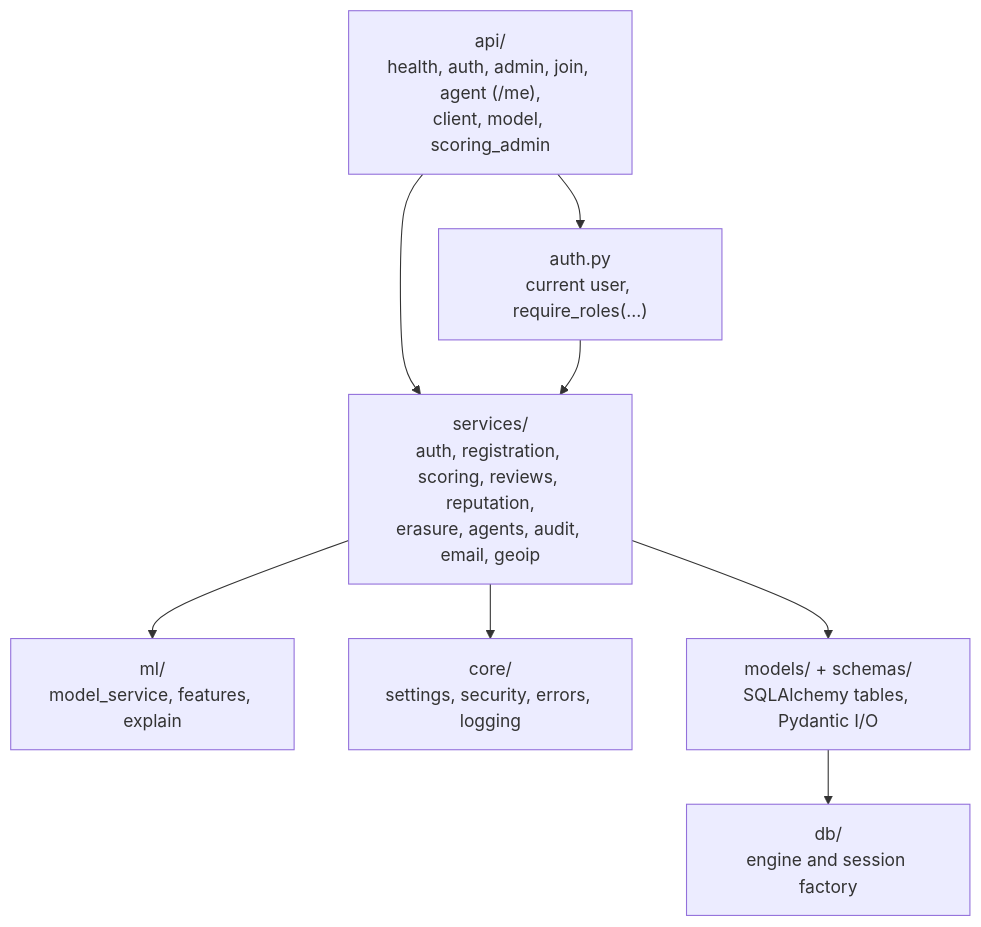
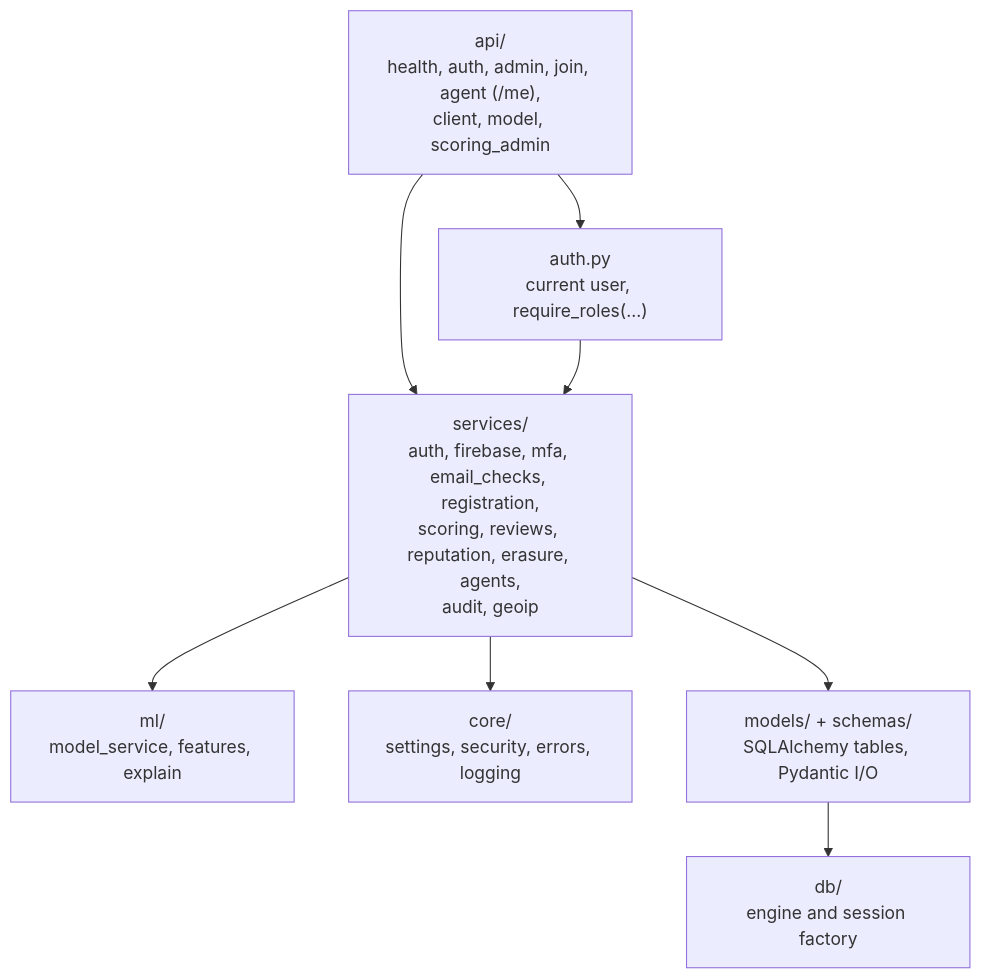
Before and after one commit to Myranyamwanda/Salesmesh: the second of 3 diagrams in docs/architecture.md, drawn with Mermaid. The commit also changed other lines of this file and 7 other files, not shown here.

````diff
--- a/docs/architecture.md
+++ b/docs/architecture.md
@@ -37,18 +38,18 @@
 ```mermaid
 flowchart TB
     routes["api/<br/>health, auth, admin, join, agent (/me),<br/>client, model, scoring_admin"]
     deps["auth.py<br/>current user, require_roles(...)"]
-    services["services/<br/>auth, registration, scoring, reviews, reputation,<br/>erasure, agents, audit, email, geoip"]
+    services["services/<br/>auth, firebase, mfa, email_checks, registration,<br/>scoring, reviews, reputation, erasure, agents,<br/>audit, geoip"]
     ml["ml/<br/>model_service, features, explain"]
     core["core/<br/>settings, security, errors, logging"]
     models["models/ + schemas/<br/>SQLAlchemy tables, Pydantic I/O"]
     db["db/<br/>engine and session factory"]
 
     routes --> deps
     routes --> services
     deps --> services
     services --> ml
     services --> models
     services --> core
     models --> db
 ```
````
